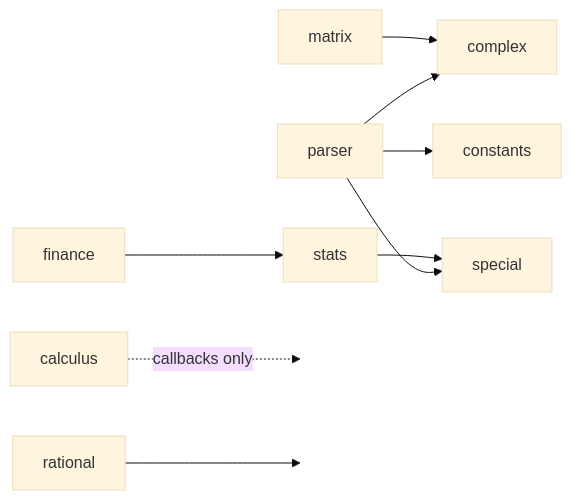
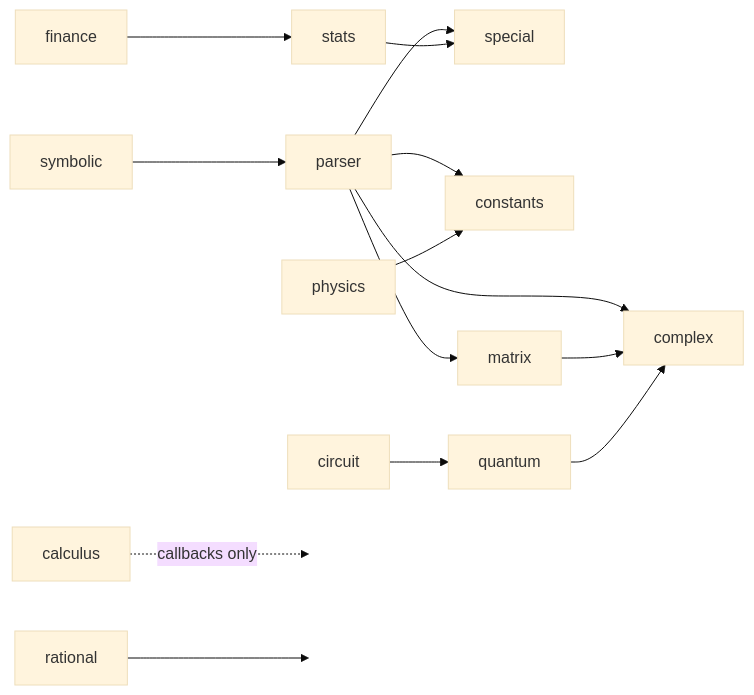
The second of 4 diagrams in Professional Calculator/docs/ARCHITECTURE.md (0thernes/professional-calculator), drawn with Mermaid (base theme) before and after one commit. The commit also changed other lines of this file and 2 other files, not shown here.

First line of the commit message:
docs: accuracy pass for v3.4.0 (architecture, kanban, audit)

````diff
--- a/Professional Calculator/docs/ARCHITECTURE.md
+++ b/Professional Calculator/docs/ARCHITECTURE.md
@@ -87,13 +102,18 @@
 ```mermaid
 flowchart LR
     parser --> complex
     parser --> special
     parser --> constants
+    parser --> matrix
     matrix --> complex
     stats --> special
     finance --> stats
+    quantum --> complex
+    circuit --> quantum
+    physics --> constants
+    symbolic --> parser
     calculus -.-> |callbacks only| none[" "]
     rational --> none2[" "]
     style none fill:transparent,stroke:transparent
     style none2 fill:transparent,stroke:transparent
 ```
````
